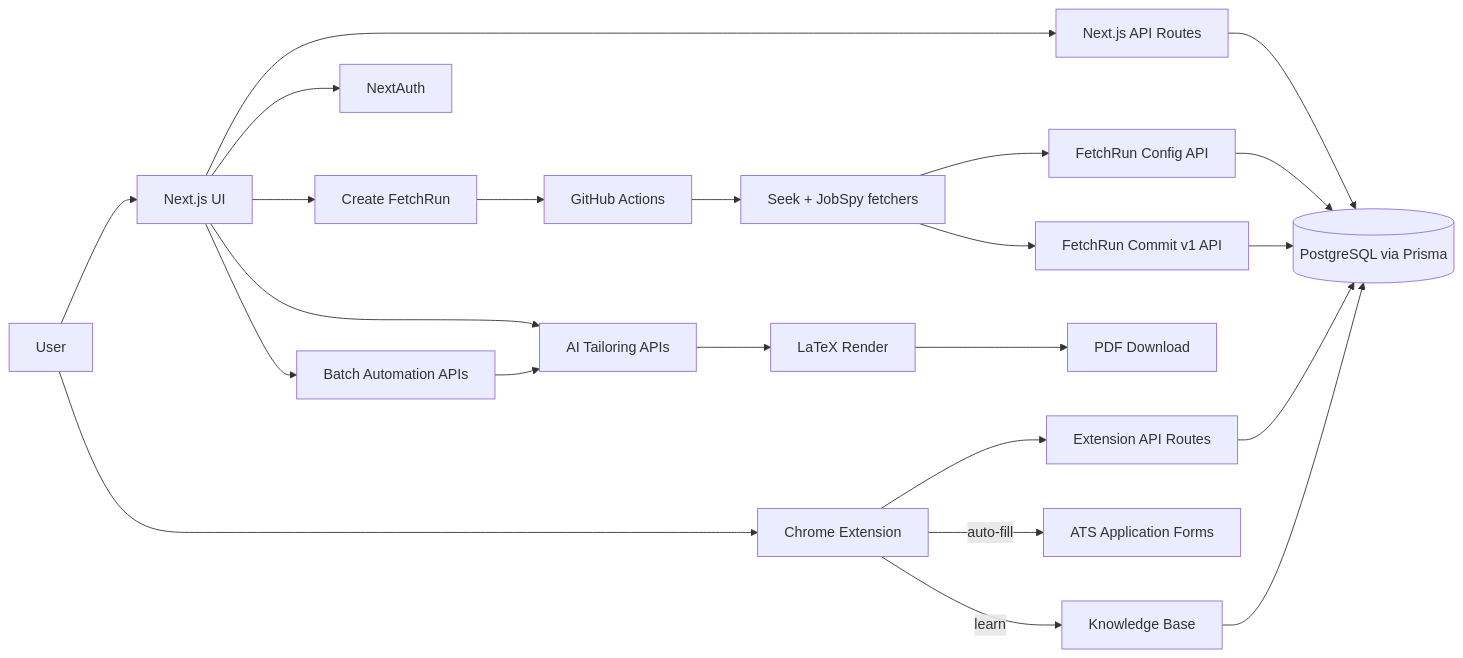
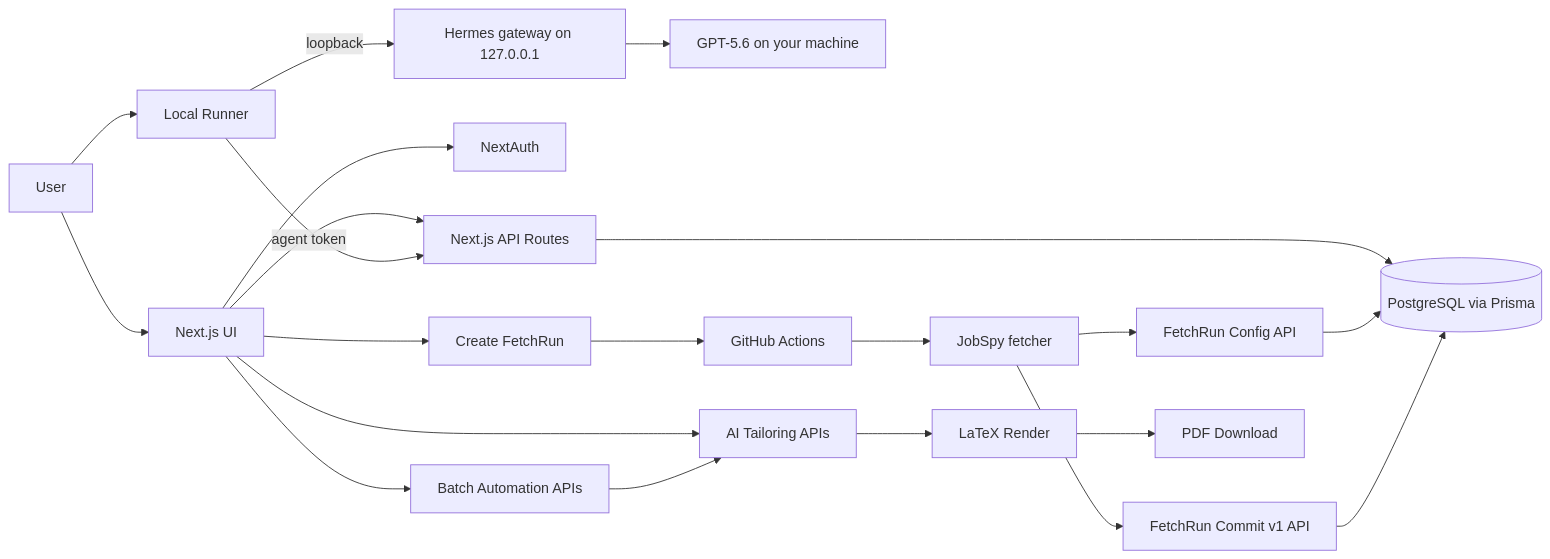
One commit to ShousenZHANG/joblit changed the diagram in README.md. Above: the diagram before and after it, drawn with Mermaid. The commit also changed other lines of this file and 5 other files, not shown here.

````diff
--- a/README.md
+++ b/README.md
@@ -358,30 +348,28 @@
 ```mermaid
 flowchart LR
   U[User] --> FE[Next.js UI]
-  U --> EXT[Chrome Extension]
+  U --> RUN[Local Runner]
 
   FE --> API[Next.js API Routes]
   API --> DB[(PostgreSQL via Prisma)]
   FE --> AUTH[NextAuth]
 
-  EXT --> EXTAPI[Extension API Routes]
-  EXTAPI --> DB
-  EXT -->|auto-fill| ATS[ATS Application Forms]
-  EXT -->|learn| KB[Knowledge Base]
-  KB --> DB
+  RUN -->|agent token| API
+  RUN -->|loopback| HERMES[Hermes gateway on 127.0.0.1]
+  HERMES --> GPT[GPT-5.6 on your machine]
 
   FE --> FR[Create FetchRun]
   FR --> GH[GitHub Actions]
-  GH --> PY[Seek + JobSpy fetchers]
+  GH --> PY[JobSpy fetcher]
   PY --> CFG[FetchRun Config API]
   PY --> COMMIT[FetchRun Commit v1 API]
   CFG --> DB
   COMMIT --> DB
 
   FE --> AIPATH[AI Tailoring APIs]
   AIPATH --> PDF[LaTeX Render]
   PDF --> DL[PDF Download]
 
   FE --> BATCH[Batch Automation APIs]
   BATCH --> AIPATH
 ```
````
